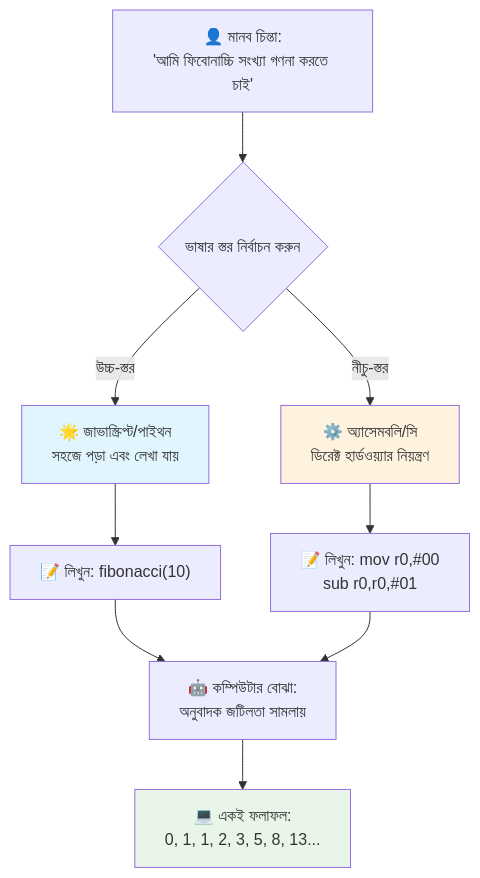
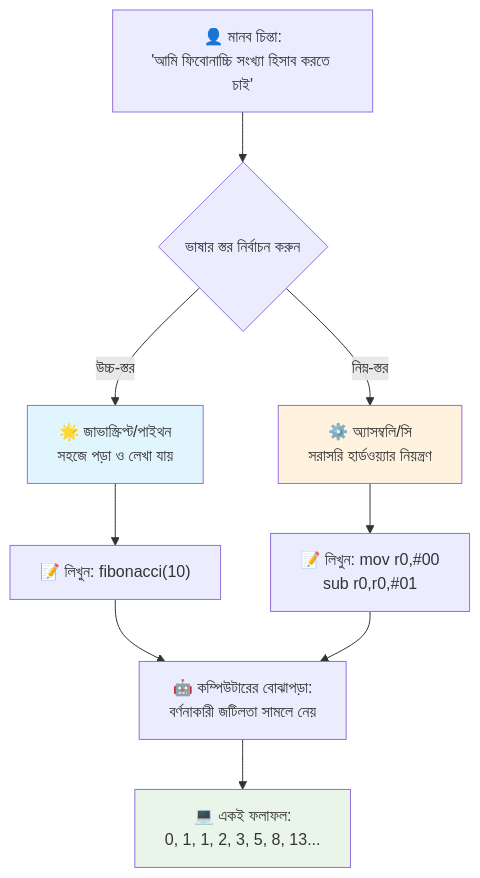
Before and after one commit to microsoft/Web-Dev-For-Beginners: the third of 7 diagrams in translations/bn/1-getting-started-lessons/1-intro-to-programming-languages/README.md, drawn with Mermaid. The commit also changed other lines of this file and 11 other files, not shown here.

````diff
--- a/translations/bn/1-getting-started-lessons/1-intro-to-programming-languages/README.md
+++ b/translations/bn/1-getting-started-lessons/1-intro-to-programming-languages/README.md
@@ -148,19 +148,19 @@
 ```mermaid
 flowchart TB
-    A["👤 মানব চিন্তা:<br/>'আমি ফিবোনাচ্চি সংখ্যা গণনা করতে চাই'"] --> B{ভাষার স্তর নির্বাচন করুন}
+    A["👤 মানব চিন্তা:<br/>'আমি ফিবোনাচ্চি সংখ্যা হিসাব করতে চাই'"] --> B{ভাষার স্তর নির্বাচন করুন}
     
-    B -->|উচ্চ-স্তর| C["🌟 জাভাস্ক্রিপ্ট/পাইথন<br/>সহজে পড়া এবং লেখা যায়"]
-    B -->|নীচু-স্তর| D["⚙️ অ্যাসেমবলি/সি<br/>ডিরেক্ট হার্ডওয়্যার নিয়ন্ত্রণ"]
+    B -->|উচ্চ-স্তর| C["🌟 জাভাস্ক্রিপ্ট/পাইথন<br/>সহজে পড়া ও লেখা যায়"]
+    B -->|নিম্ন-স্তর| D["⚙️ অ্যাসম্বলি/সি<br/>সরাসরি হার্ডওয়্যার নিয়ন্ত্রণ"]
     
     C --> E["📝 লিখুন: fibonacci(10)"]
     D --> F["📝 লিখুন: mov r0,#00<br/>sub r0,r0,#01"]
     
-    E --> G["🤖 কম্পিউটার বোঝা:<br/>অনুবাদক জটিলতা সামলায়"]
+    E --> G["🤖 কম্পিউটারের বোঝাপড়া:<br/>বর্ণনাকারী জটিলতা সামলে নেয়"]
     F --> G
     
     G --> H["💻 একই ফলাফল:<br/>0, 1, 1, 2, 3, 5, 8, 13..."]
     
     style C fill:#e1f5fe
     style D fill:#fff3e0
     style H fill:#e8f5e8
 ```
````
